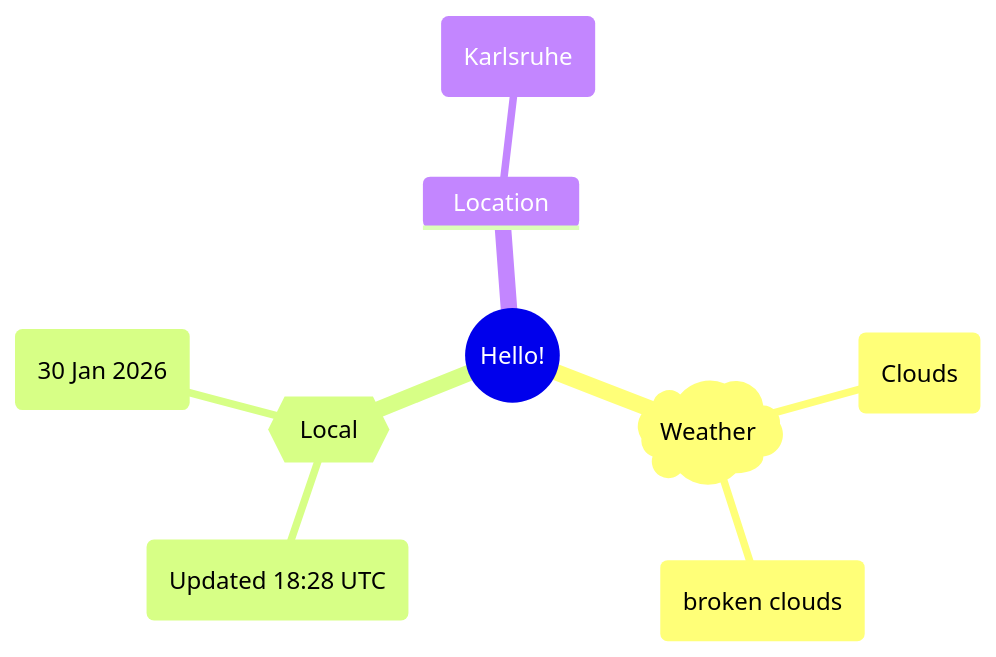
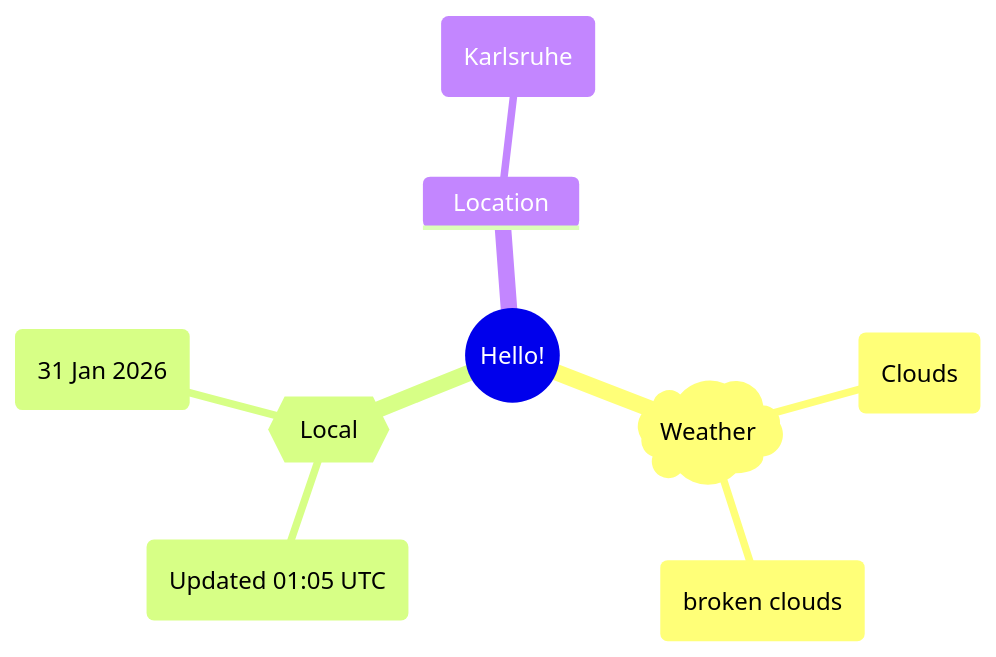
The first of 2 diagrams in README.md (Xosrov/Xosrov), drawn with Mermaid before and after one commit.

Commit message:
[bot] updated images

````diff
--- a/README.md
+++ b/README.md
@@ -3,12 +3,12 @@
 ```mermaid
 mindmap
   root((Hello!))
     )Weather(
         (Clouds)
         (broken clouds)
     {{Local}}
-        (Updated 18:28 UTC)
-        (30 Jan 2026)
+        (Updated 01:05 UTC)
+        (31 Jan 2026)
     Location
         (Karlsruhe)
 ```
````
